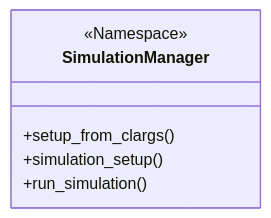
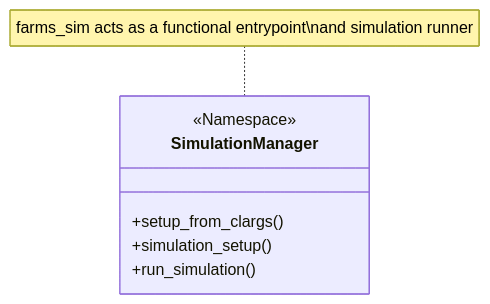
One commit to podalanga/farmsim_docs changed the third of 6 diagrams in reference/docs/architecture.md. Above: the diagram before and after it, drawn with Mermaid. The commit also changed other lines of this file and 21 other files, not shown here.

````diff
--- a/reference/docs/architecture.md
+++ b/reference/docs/architecture.md
@@ -129,9 +99,10 @@
 ```mermaid
 classDiagram
     class SimulationManager {
         <<Namespace>>
         +setup_from_clargs()
         +simulation_setup()
         +run_simulation()
     }
+    note for SimulationManager "farms_sim acts as a functional entrypoint\nand simulation runner"
 ```
````
